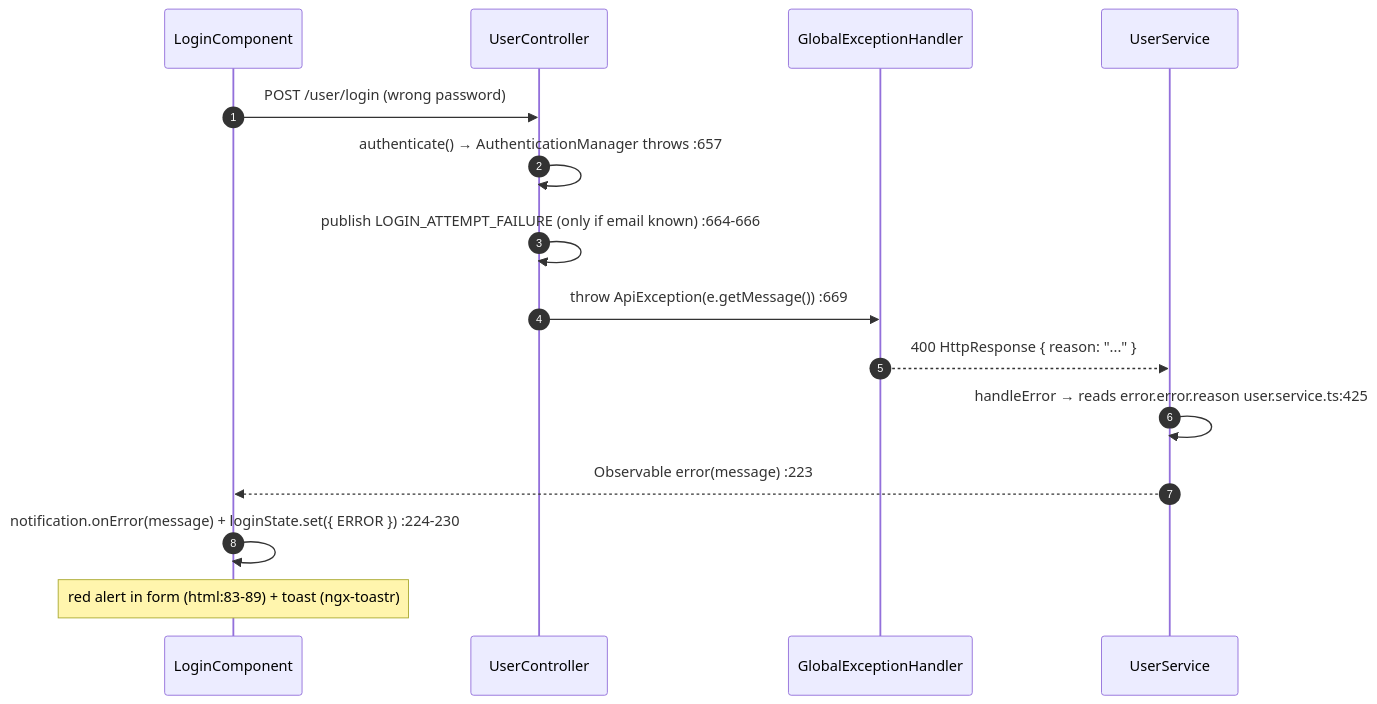
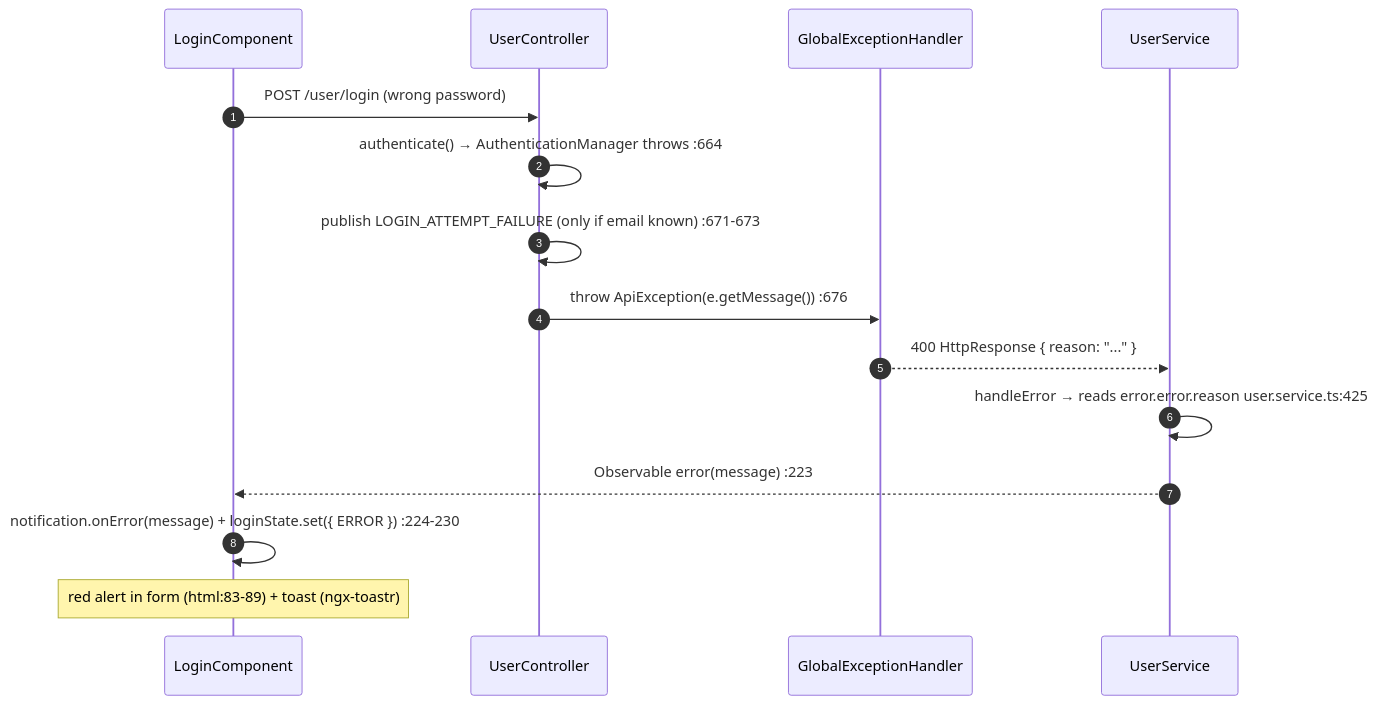
One commit to bbobbylon/angularSpringBootFullStack changed the fourth of 5 diagrams in documentation/flows/02-login-and-mfa.md. Above: the diagram before and after it, drawn with Mermaid. The commit also changed other lines of this file and 8 other files, not shown here.

````diff
--- a/documentation/flows/02-login-and-mfa.md
+++ b/documentation/flows/02-login-and-mfa.md
@@ -196,17 +196,17 @@
 ```mermaid
 sequenceDiagram
     autonumber
     participant CMP as LoginComponent
     participant CTRL as UserController
     participant GEH as GlobalExceptionHandler
     participant SVC as UserService
     CMP->>CTRL: POST /user/login (wrong password)
-    CTRL->>CTRL: authenticate() → AuthenticationManager throws  :657
-    CTRL->>CTRL: publish LOGIN_ATTEMPT_FAILURE (only if email known)  :664-666
-    CTRL->>GEH: throw ApiException(e.getMessage())  :669
+    CTRL->>CTRL: authenticate() → AuthenticationManager throws  :664
+    CTRL->>CTRL: publish LOGIN_ATTEMPT_FAILURE (only if email known)  :671-673
+    CTRL->>GEH: throw ApiException(e.getMessage())  :676
     GEH-->>SVC: 400 HttpResponse { reason: "..." }
     SVC->>SVC: handleError → reads error.error.reason  user.service.ts:425
     SVC-->>CMP: Observable error(message)  :223
     CMP->>CMP: notification.onError(message) + loginState.set({ ERROR })  :224-230
     Note over CMP: red alert in form (html:83-89) + toast (ngx-toastr)
 ```
````
